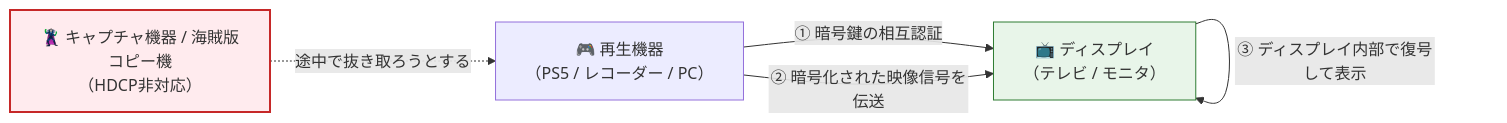
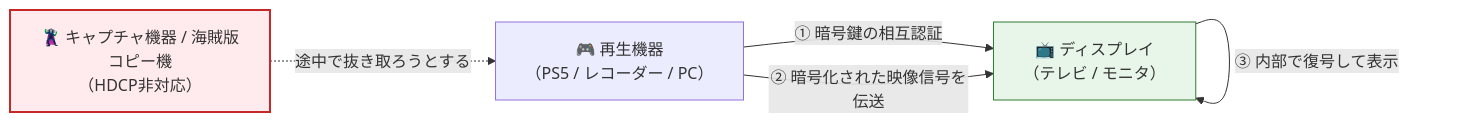
Before and after one commit to kashiwabarakenji/multimedia: the second of 4 diagrams in part9_broadcast.qmd, drawn with Mermaid. The commit also changed other lines of this file and 18 other files, not shown here.

````diff
--- a/part9_broadcast.qmd
+++ b/part9_broadcast.qmd
@@ -171,10 +185,10 @@
 ```{mermaid}
 flowchart LR
     A["🎮 再生機器<br/>（PS5 / レコーダー / PC）"] -->|① 暗号鍵の相互認証| B["📺 ディスプレイ<br/>（テレビ / モニタ）"]
     A -->|② 暗号化された映像信号を伝送| B
-    B -->|③ ディスプレイ内部で復号して表示| B
+    B -->|③ 内部で復号して表示| B
     
     H["🦹 キャプチャ機器 / 海賊版コピー機<br/>（HDCP非対応）"] -.->|途中で抜き取ろうとする| A
     style H fill:#ffebee,stroke:#c62828,stroke-width:2px
     style B fill:#e8f5e9,stroke:#2e7d32
 ```
````
